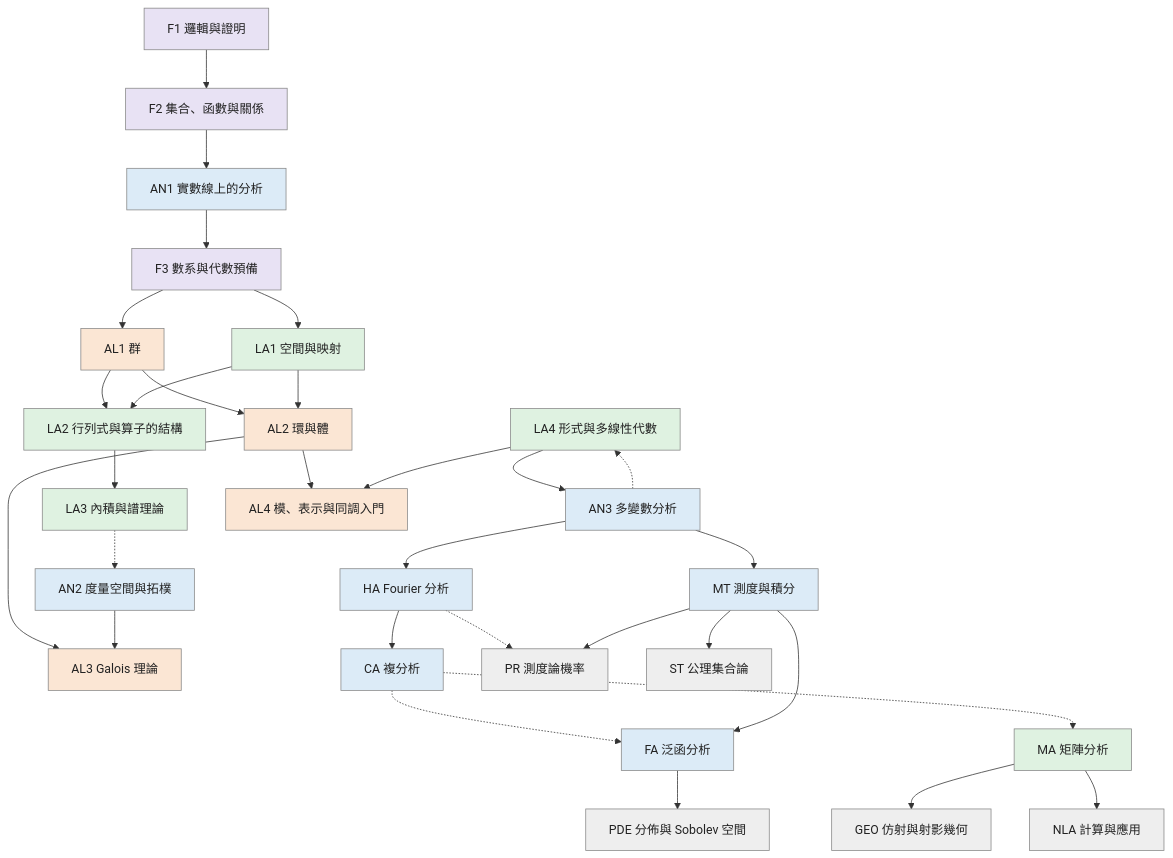
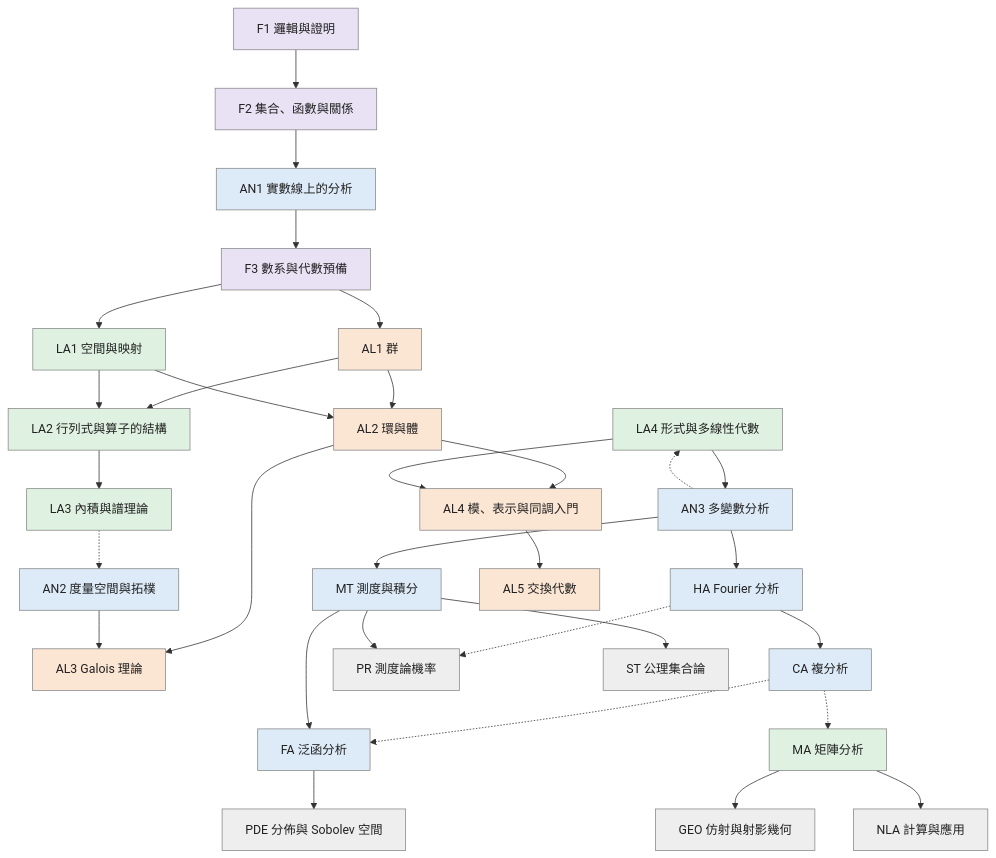
One commit to AkizumiFox/math-atlas changed the diagram in generated/volumes.mmd. Above: the diagram before and after it, drawn with Mermaid. The commit also changed 11 other files, not shown here.

```diff
--- a/generated/volumes.mmd
+++ b/generated/volumes.mmd
@@ -1,59 +1,61 @@
 flowchart TD
   F1["F1 邏輯與證明"]:::found
   F2["F2 集合、函數與關係"]:::found
   AN1["AN1 實數線上的分析"]:::analysis
   F3["F3 數系與代數預備"]:::found
   LA1["LA1 空間與映射"]:::linalg
   AL1["AL1 群"]:::algebra
   LA2["LA2 行列式與算子的結構"]:::linalg
   LA3["LA3 內積與譜理論"]:::linalg
   LA4["LA4 形式與多線性代數"]:::linalg
   AN2["AN2 度量空間與拓樸"]:::analysis
   AN3["AN3 多變數分析"]:::analysis
   AL2["AL2 環與體"]:::algebra
   AL3["AL3 Galois 理論"]:::algebra
   HA["HA Fourier 分析"]:::analysis
   MT["MT 測度與積分"]:::analysis
   CA["CA 複分析"]:::analysis
   FA["FA 泛函分析"]:::analysis
   AL4["AL4 模、表示與同調入門"]:::algebra
+  AL5["AL5 交換代數"]:::algebra
   MA["MA 矩陣分析"]:::linalg
   PR["PR 測度論機率"]:::side
   PDE["PDE 分佈與 Sobolev 空間"]:::side
   GEO["GEO 仿射與射影幾何"]:::side
   NLA["NLA 計算與應用"]:::side
   ST["ST 公理集合論"]:::side
   F1 --> F2
   F2 --> AN1
   AN1 --> F3
   F3 --> LA1
   F3 --> AL1
   AL1 --> LA2
   LA1 --> LA2
   LA2 --> LA3
   AN3 -.-> LA4
   LA3 -.-> AN2
   LA4 --> AN3
   AL1 --> AL2
   LA1 --> AL2
   AL2 --> AL3
   AN2 --> AL3
   AN3 --> HA
   AN3 --> MT
   HA --> CA
   CA -.-> FA
   MT --> FA
   AL2 --> AL4
   LA4 --> AL4
+  AL4 --> AL5
   CA -.-> MA
   HA -.-> PR
   MT --> PR
   FA --> PDE
   MA --> GEO
   MA --> NLA
   MT --> ST
   classDef found fill:#e8e2f4,stroke:#888,color:#222
   classDef analysis fill:#dcebf7,stroke:#888,color:#222
   classDef linalg fill:#dff2e1,stroke:#888,color:#222
   classDef algebra fill:#fbe6d4,stroke:#888,color:#222
   classDef side fill:#eeeeee,stroke:#888,color:#222
```
